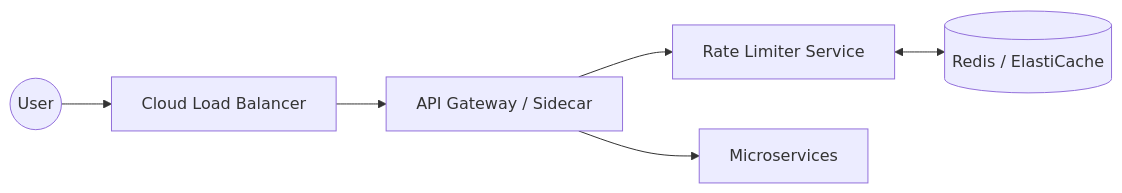
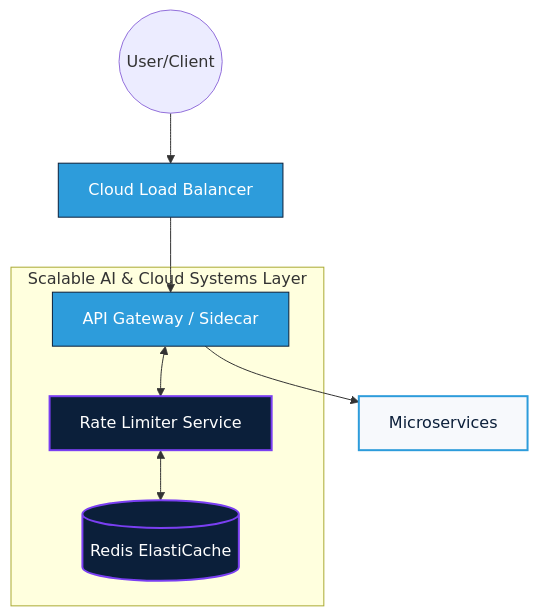
One commit to akshayadik/adiklabs changed the first of 2 diagrams in content/system-architecture/rate-limiter.mdx. Above: the diagram before and after it, drawn with Mermaid. The commit also changed other lines of this file and 10 other files, not shown here.

````diff
--- a/content/system-architecture/rate-limiter.mdx
+++ b/content/system-architecture/rate-limiter.mdx
@@ -84,8 +164,22 @@
 ```mermaid
-graph LR
-    User((User)) --> LB[Cloud Load Balancer]
+graph TD
+    %% Define Styles based on AdikLabs Brand Kit
+    classDef primary fill:#0B1F3A,stroke:#7A3FF2,stroke-width:2px,color:#fff;
+    classDef secondary fill:#2D9CDB,stroke:#0B1F3A,stroke-width:1px,color:#fff;
+    classDef accent fill:#F7F9FC,stroke:#2D9CDB,stroke-width:2px,color:#0B1F3A;
+
+    User((User/Client)) --> LB[Cloud Load Balancer]
     LB --> Gateway[API Gateway / Sidecar]
-    Gateway --> RL[Rate Limiter Service]
-    RL <--> Cache[(Redis / ElastiCache)]
+    
+    subgraph RateLimitingLayer [Scalable AI & Cloud Systems Layer]
+        Gateway <--> RL[Rate Limiter Service]
+        RL <--> Cache[(Redis ElastiCache)]
+    end
+
     Gateway --> Service[Microservices]
+
+    %% Apply Styles
+    class RL,Cache primary;
+    class LB,Gateway secondary;
+    class Service accent;
 ```
````
